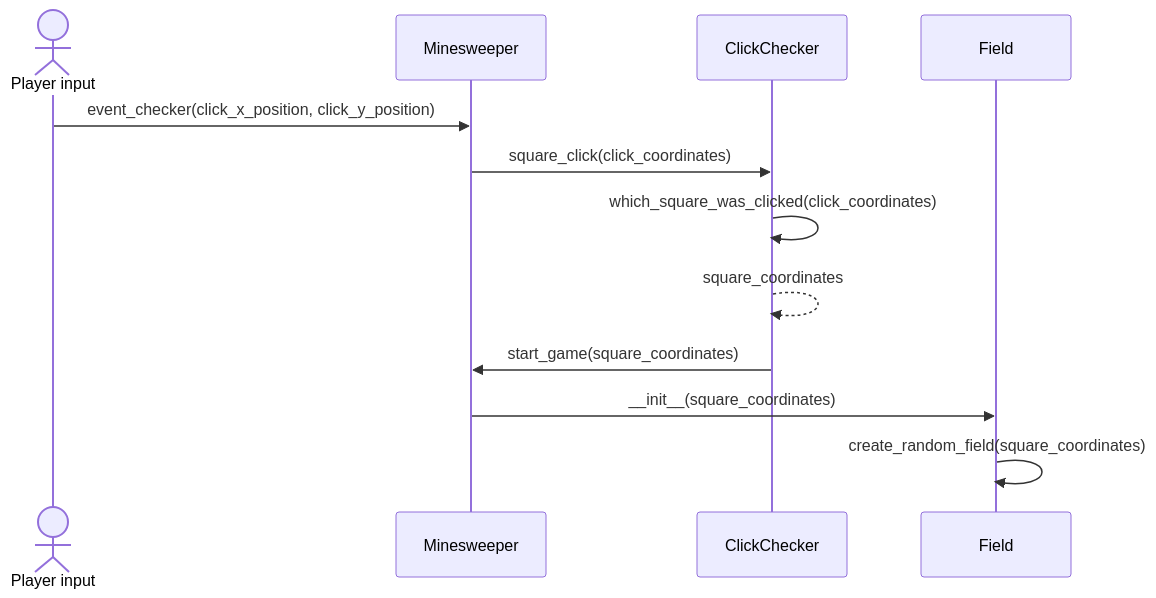
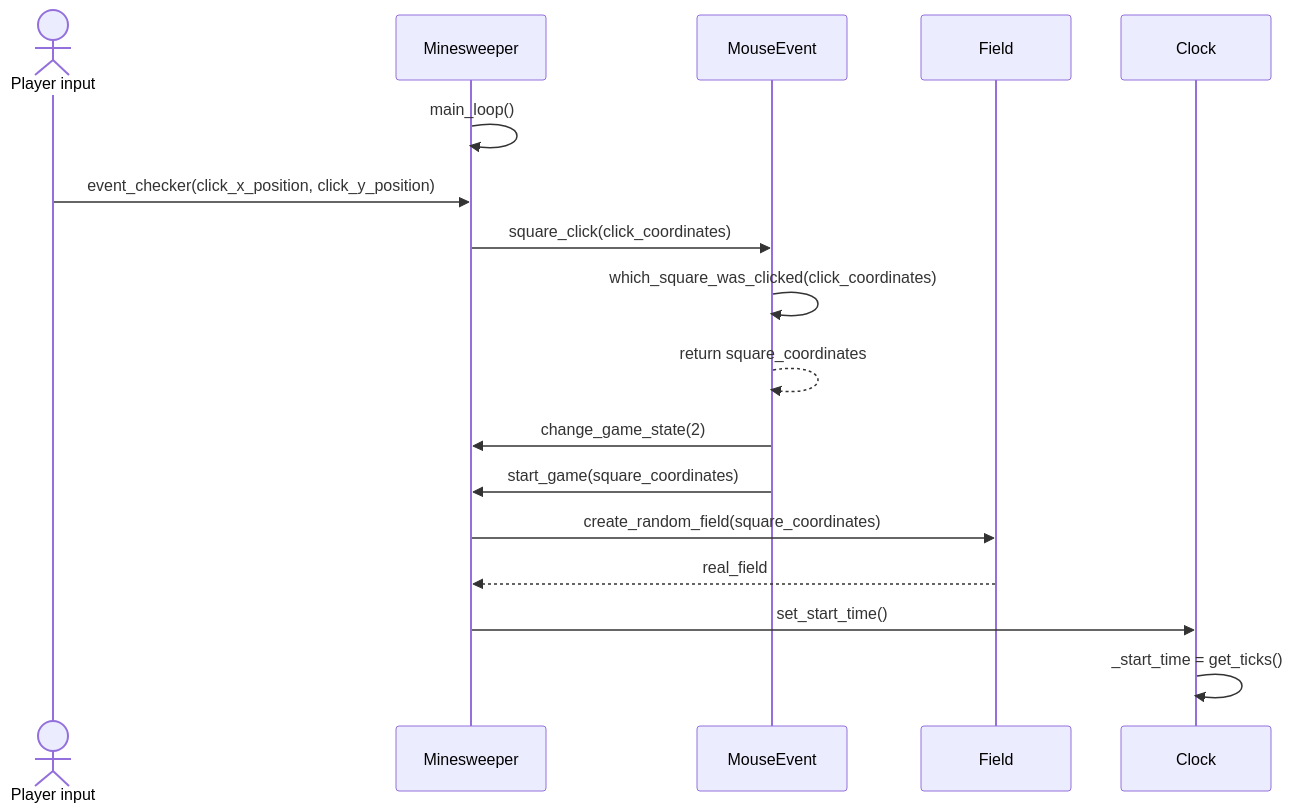
One commit to thefakejj/Minesweeper changed the third of 5 diagrams in documentation/arkkitehtuurikuvaus.md. Above: the diagram before and after it, drawn with Mermaid. The commit also changed other lines of this file and 7 other files, not shown here.

````diff
--- a/documentation/arkkitehtuurikuvaus.md
+++ b/documentation/arkkitehtuurikuvaus.md
@@ -26,17 +103,17 @@
 ```mermaid
 sequenceDiagram
   actor Player input
-  participant Minesweeper
-  participant ClickChecker
-  participant Field
   
-  
+  Minesweeper->>Minesweeper: main_loop()
   Player input->>Minesweeper: event_checker(click_x_position, click_y_position)
-  Minesweeper->>ClickChecker: square_click(click_coordinates)
-  ClickChecker->>ClickChecker: which_square_was_clicked(click_coordinates)
-  ClickChecker-->>ClickChecker: square_coordinates
-  ClickChecker->>Minesweeper: start_game(square_coordinates)
-  Minesweeper->>Field: __init__(square_coordinates)
-  Field->>Field: create_random_field(square_coordinates)
+  Minesweeper->>MouseEvent: square_click(click_coordinates)
+  MouseEvent->>MouseEvent: which_square_was_clicked(click_coordinates)
+  MouseEvent-->>MouseEvent: return square_coordinates
+  MouseEvent->>Minesweeper: change_game_state(2)
+  MouseEvent->>Minesweeper: start_game(square_coordinates)
+  Minesweeper->>Field: create_random_field(square_coordinates)
+  Field-->>Minesweeper: real_field
+  Minesweeper->>Clock: set_start_time()
+  Clock->>Clock: _start_time = get_ticks()
 
 ```
````
